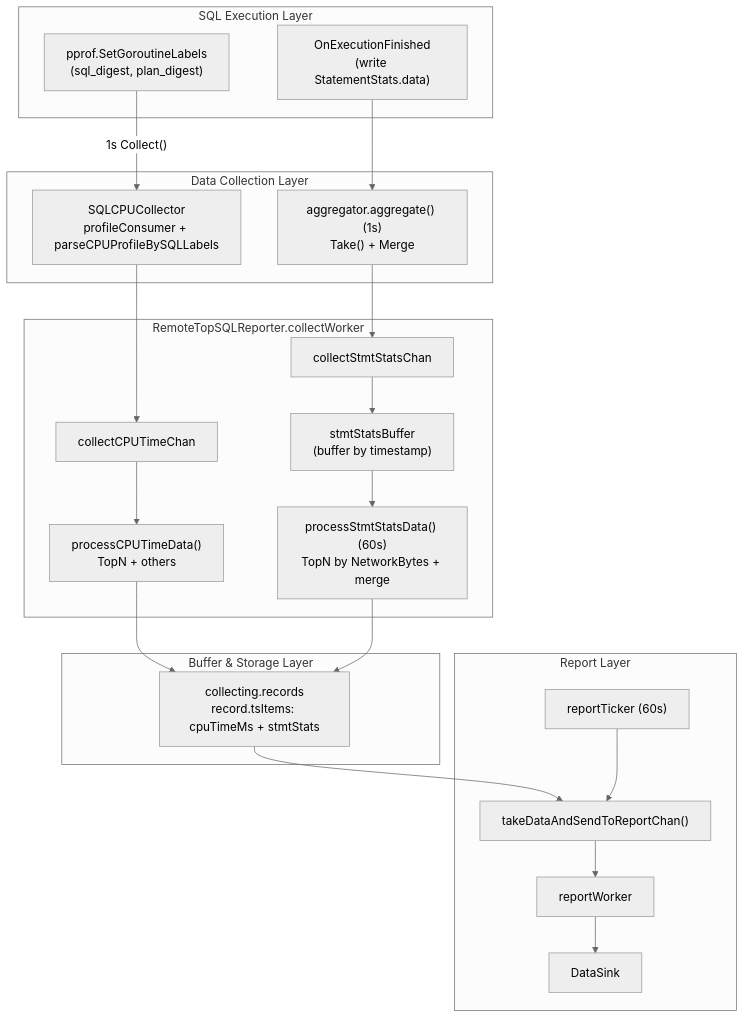
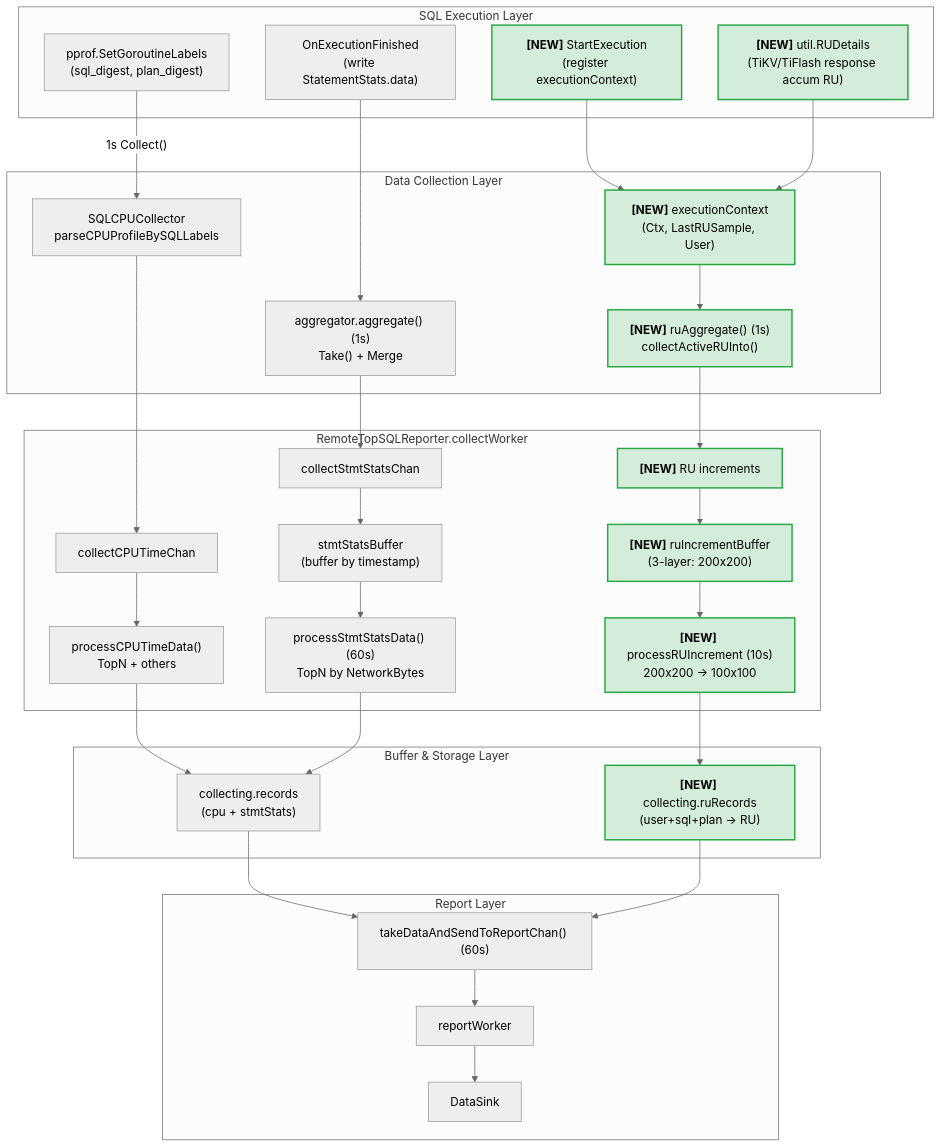
The diagram in docs/design/2025-01-XX-topru-design-refactored.md (zimulala/tidb), drawn with Mermaid before and after one commit. The commit also changed other lines of this file and 1 other file, not shown here.

````diff
--- a/docs/design/2025-01-XX-topru-design-refactored.md
+++ b/docs/design/2025-01-XX-topru-design-refactored.md
@@ -131,43 +144,61 @@
 ```mermaid
 ---
 config:
   theme: neutral
 ---
 flowchart TB
     subgraph SQL_Execution["SQL Execution Layer"]
         ex1["pprof.SetGoroutineLabels<br/>(sql_digest, plan_digest)"]
         ex2["OnExecutionFinished<br/>(write StatementStats.data)"]
+        startExec["<b>[NEW]</b> StartExecution<br/>(register executionContext)"]:::newRU
+        ruDetails["<b>[NEW]</b> util.RUDetails<br/>(TiKV/TiFlash response accum RU)"]:::newRU
     end
 
     subgraph Data_Collection["Data Collection Layer"]
-        cpu["SQLCPUCollector<br/>profileConsumer + parseCPUProfileBySQLLabels"]
+        cpu["SQLCPUCollector<br/>parseCPUProfileBySQLLabels"]
         agg["aggregator.aggregate() (1s)<br/>Take() + Merge"]
+        execCtx["<b>[NEW]</b> executionContext<br/>(Ctx, LastRUSample, User)"]:::newRU
+        ruAgg["<b>[NEW]</b> ruAggregate() (1s)<br/>collectActiveRUInto()"]:::newRU
     end
 
     subgraph Reporter["RemoteTopSQLReporter.collectWorker"]
         cpuChan["collectCPUTimeChan"]
         stmtChan["collectStmtStatsChan"]
+        ruChan["<b>[NEW]</b> RU increments"]:::newRU
         procCPU["processCPUTimeData()<br/>TopN + others"]
         stmtBuf["stmtStatsBuffer<br/>(buffer by timestamp)"]
-        procStmt["processStmtStatsData() (60s)<br/>TopN by NetworkBytes + merge"]
+        ruBuf["<b>[NEW]</b> ruIncrementBuffer<br/>(3-layer: 200x200)"]:::newRU
+        procStmt["processStmtStatsData() (60s)<br/>TopN by NetworkBytes"]
+        procRU["<b>[NEW]</b> processRUIncrement (10s)<br/>200x200 → 100x100"]:::newRU
     end
 
     subgraph Storage["Buffer & Storage Layer"]
-        rec["collecting.records<br/>record.tsItems: cpuTimeMs + stmtStats"]
+        rec["collecting.records<br/>(cpu + stmtStats)"]
+        ruRec["<b>[NEW]</b> collecting.ruRecords<br/>(user+sql+plan → RU)"]:::newRU
     end
 
     subgraph Report["Report Layer"]
-        ticker["reportTicker (60s)"]
-        send["takeDataAndSendToReportChan()"]
+        send["takeDataAndSendToReportChan() (60s)"]
         worker["reportWorker"]
         sink["DataSink"]
     end
 
-    ex1 -- "1s Collect()" --> cpu
-    cpu --> cpuChan --> procCPU --> rec
+    %% CPU pipeline
+    ex1 -- "1s Collect()" --> cpu --> cpuChan --> procCPU --> rec
 
+    %% StmtStats pipeline  
     ex2 --> agg --> stmtChan --> stmtBuf --> procStmt --> rec
 
+    %% [NEW] RU pipeline
+    startExec --> execCtx
+    ruDetails --> execCtx
+    execCtx --> ruAgg --> ruChan --> ruBuf --> procRU --> ruRec
+
+    %% Report
     rec --> send
-    ticker --> send --> worker --> sink
+    ruRec --> send
+    send --> worker --> sink
+
+    %% Styles for new RU components
+    classDef newRU fill:#d4edda,stroke:#28a745,stroke-width:2px
 ```
````
